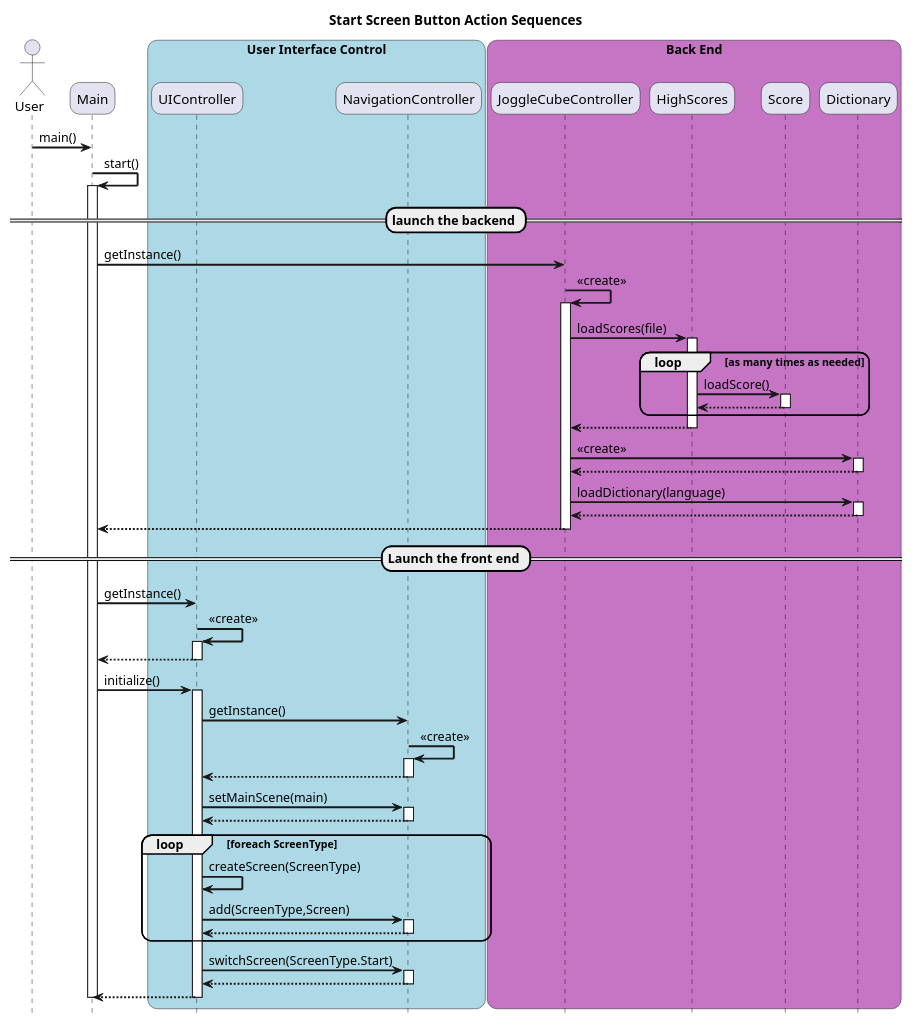
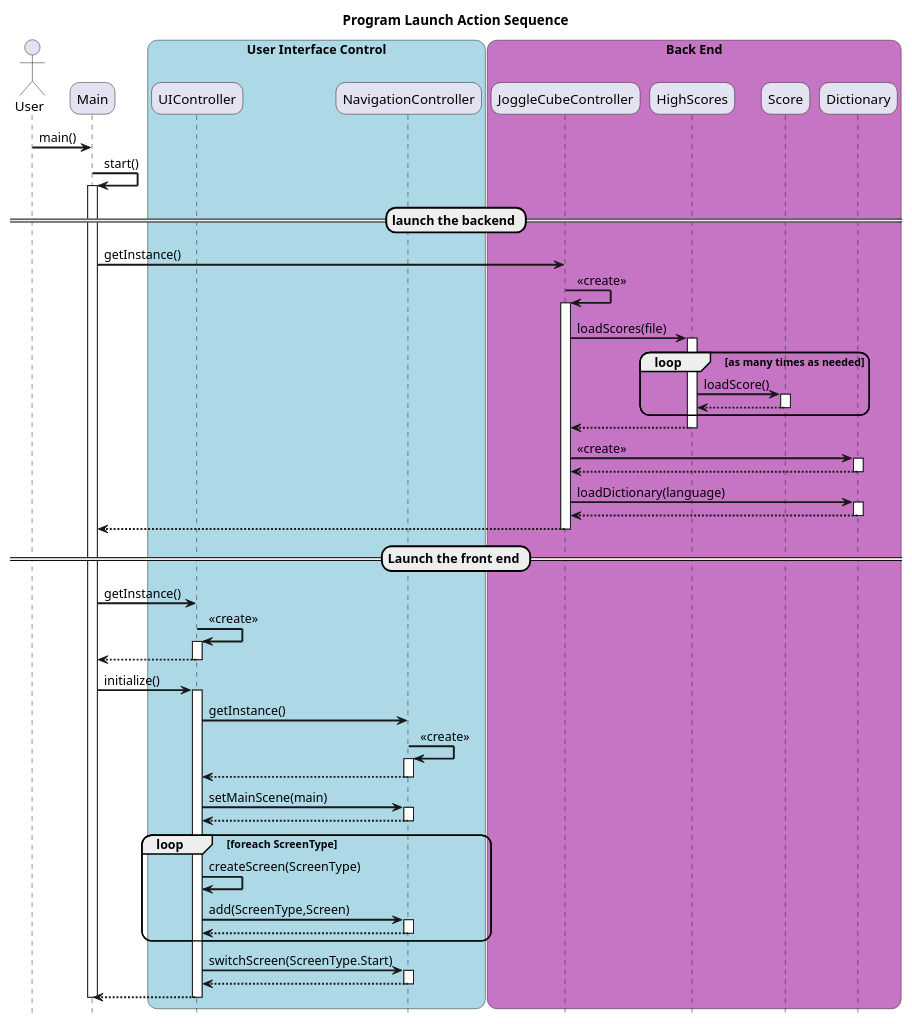
Before and after one commit to rhys3010/JoggleCube: the diagram in docs/Sequence/Main.pu, drawn with PlantUML. The commit also changed 6 other files, not shown here.

```diff
--- a/docs/Sequence/Main.pu
+++ b/docs/Sequence/Main.pu
@@ -1,111 +1,111 @@
 @startuml
 hide footbox
 
-title Start Screen Button Action Sequences
+title Program Launch Action Sequence
 
 skinparam sequenceArrowThickness 2
 skinparam roundcorner 20
 skinparam maxmessagesize 60
 
 
 actor User
 
 participant Main
 
 box "User Interface Control" #LightBlue
 
 participant UIController
 participant NavigationController
 
 end box
 
 
 box "Back End" #c675c5
 
 participant JoggleCubeController
 participant HighScores
 participant Score
 participant Dictionary
 
 end box
 
 
 
 User -> Main : main()
 Main -> Main : start()
 activate Main
 
 == launch the backend ==
 Main -> JoggleCubeController : getInstance()
 JoggleCubeController -> JoggleCubeController : <<create>>
 activate JoggleCubeController
 
 JoggleCubeController -> HighScores : loadScores(file)
 activate HighScores
 
 loop as many times as needed
     HighScores -> Score : loadScore()
     activate Score
     Score --> HighScores
     deactivate Score
 end
 
 HighScores --> JoggleCubeController
 deactivate HighScores
 
 JoggleCubeController -> Dictionary : <<create>>
 activate Dictionary
 
 Dictionary --> JoggleCubeController
 deactivate Dictionary
 
 JoggleCubeController -> Dictionary : loadDictionary(language)
 activate Dictionary
 
 Dictionary --> JoggleCubeController
 deactivate Dictionary
 
 JoggleCubeController --> Main
 deactivate JoggleCubeController
 
 == Launch the front end ==
 
 Main -> UIController : getInstance()
 
 UIController -> UIController : <<create>>
 activate UIController
 
 
 UIController --> Main
 deactivate UIController
 Main -> UIController : initialize()
 activate UIController
 UIController -> NavigationController : getInstance()
 
 NavigationController -> NavigationController : <<create>>
 activate NavigationController
 NavigationController --> UIController
 deactivate NavigationController
 
 UIController -> NavigationController : setMainScene(main)
 activate NavigationController
 NavigationController --> UIController
 deactivate NavigationController
 
 loop foreach ScreenType
     UIController -> UIController : createScreen(ScreenType)
     UIController -> NavigationController : add(ScreenType,Screen)
     activate NavigationController
     NavigationController --> UIController
     deactivate NavigationController
 end
 
 UIController -> NavigationController : switchScreen(ScreenType.Start)
 activate NavigationController
 NavigationController --> UIController
 deactivate NavigationController
 UIController --> Main
 deactivate UIController
 deactivate Main
 
 @enduml
```
